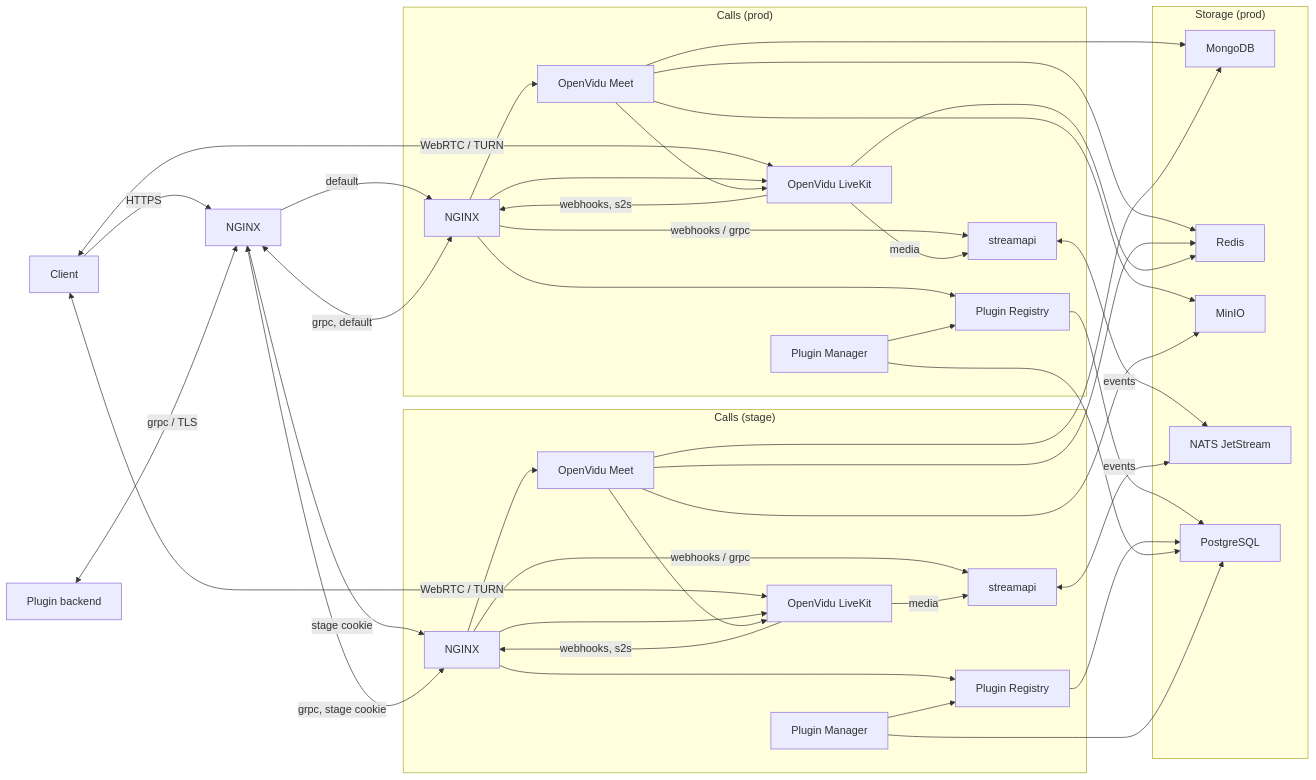
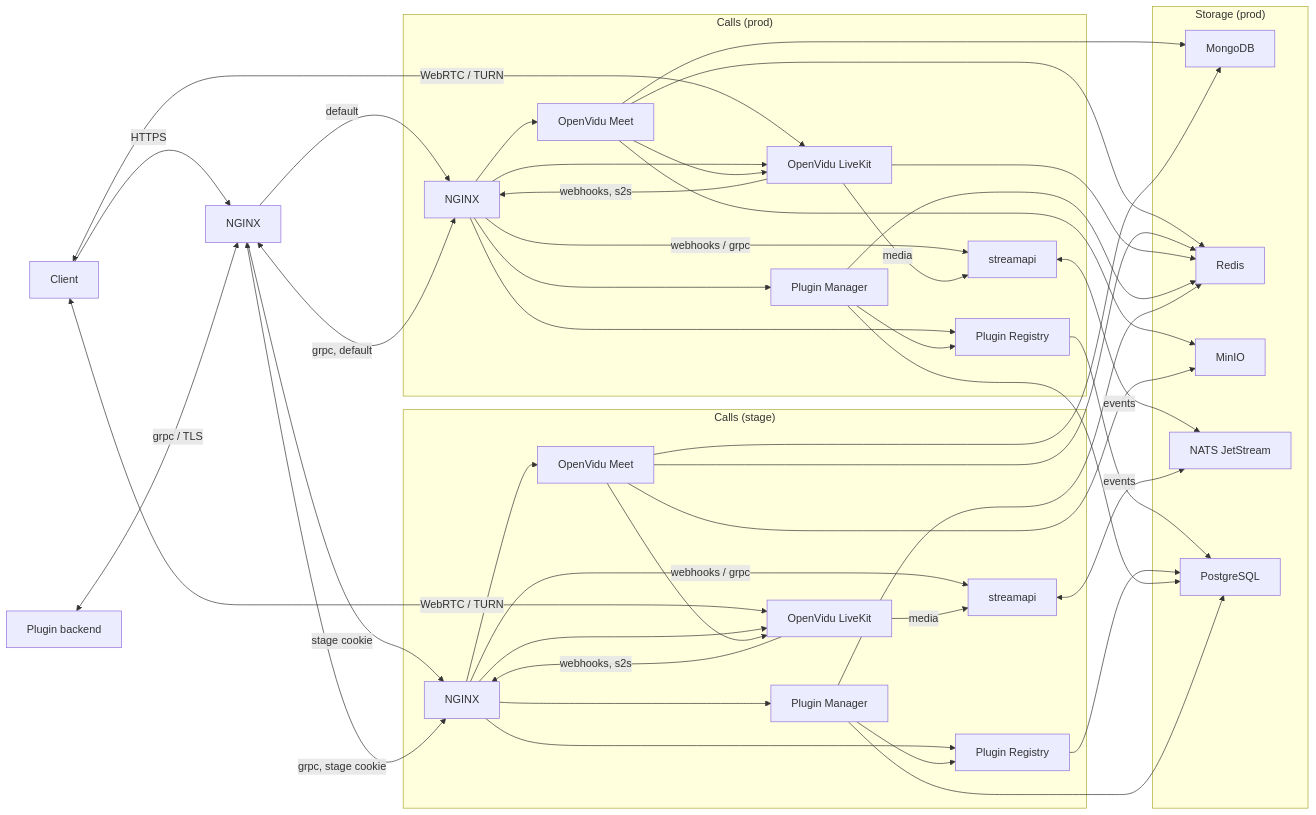
Before and after one commit to dwspurpleteam/deployer: the diagram in README.md, drawn with Mermaid.

Commit message:
docs: update architecture

````diff
--- a/README.md
+++ b/README.md
@@ -12,55 +12,59 @@
 ```mermaid
 flowchart LR
   browser[Client] -->|HTTPS| ingress[NGINX]
   ingress -->|default| proxy
   ingress -->|stage cookie| stage
   browser <-->|WebRTC / TURN| openvidu
   browser <-->|WebRTC / TURN| stage_openvidu
   plugin_backend[Plugin backend] <-->|grpc / TLS| ingress
   ingress <-->|grpc, default| proxy
   ingress <-->|grpc, stage cookie| stage
 
   subgraph calls_stage["Calls (stage)"]
     stage[NGINX] --> stage_meet[OpenVidu Meet]
     stage --> stage_openvidu[OpenVidu LiveKit]
     stage_meet --> stage_openvidu
     stage_openvidu -->|webhooks, s2s| stage
     stage -->|webhooks / grpc| stage_streamapi[streamapi]
+    stage --> stage_manager[Plugin Manager]
     stage --> stage_registry[Plugin Registry]
-    stage_manager[Plugin Manager] --> stage_registry
+    stage_manager --> stage_registry
     stage_openvidu -->|media| stage_streamapi
   end
 
   subgraph calls_prod["Calls (prod)"]
     proxy["NGINX"] --> meet[OpenVidu Meet]
     proxy --> openvidu[OpenVidu LiveKit]
     meet --> openvidu
     openvidu -->|webhooks, s2s| proxy
     proxy -->|webhooks / grpc| streamapi[streamapi]
+    proxy --> manager[Plugin Manager]
     proxy --> registry[Plugin Registry]
-    manager[Plugin Manager] --> registry
+    manager --> registry
     openvidu -->|media| streamapi
   end
 
   subgraph storage["Storage (prod)"]
     mongodb[MongoDB]
     redis[Redis]
     minio[MinIO]
     nats["NATS JetStream"]
     postgres[PostgreSQL]
   end
 
   meet --> mongodb
   meet --> redis
   meet --> minio
   stage_meet --> mongodb
   stage_meet --> redis
   stage_meet --> minio
   openvidu --> redis
+  manager --> redis
+  stage_manager --> redis
   streamapi <-->|events| nats
   stage_streamapi <-->|events| nats
   registry --> postgres
   stage_registry --> postgres
   manager --> postgres
   stage_manager --> postgres
 ```
````
